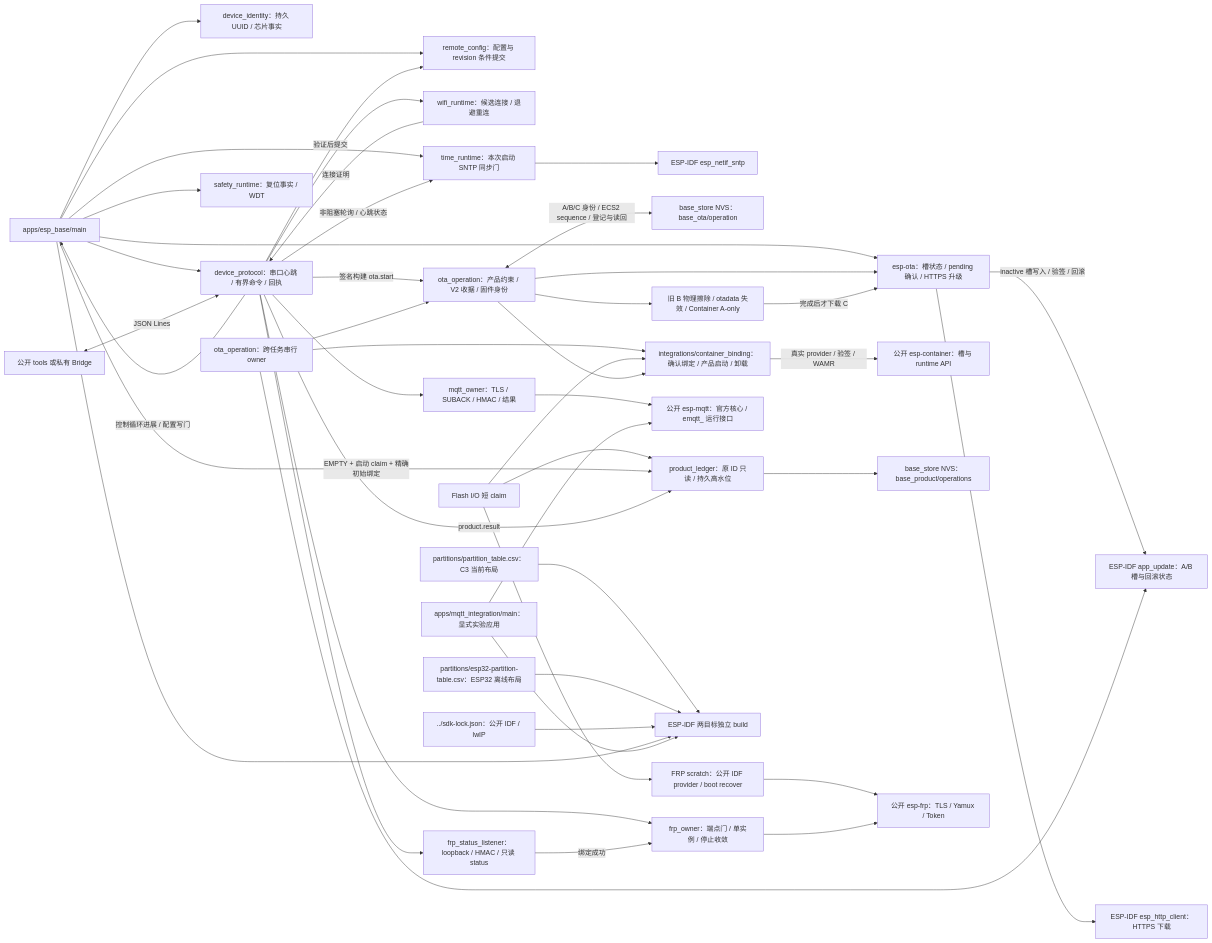
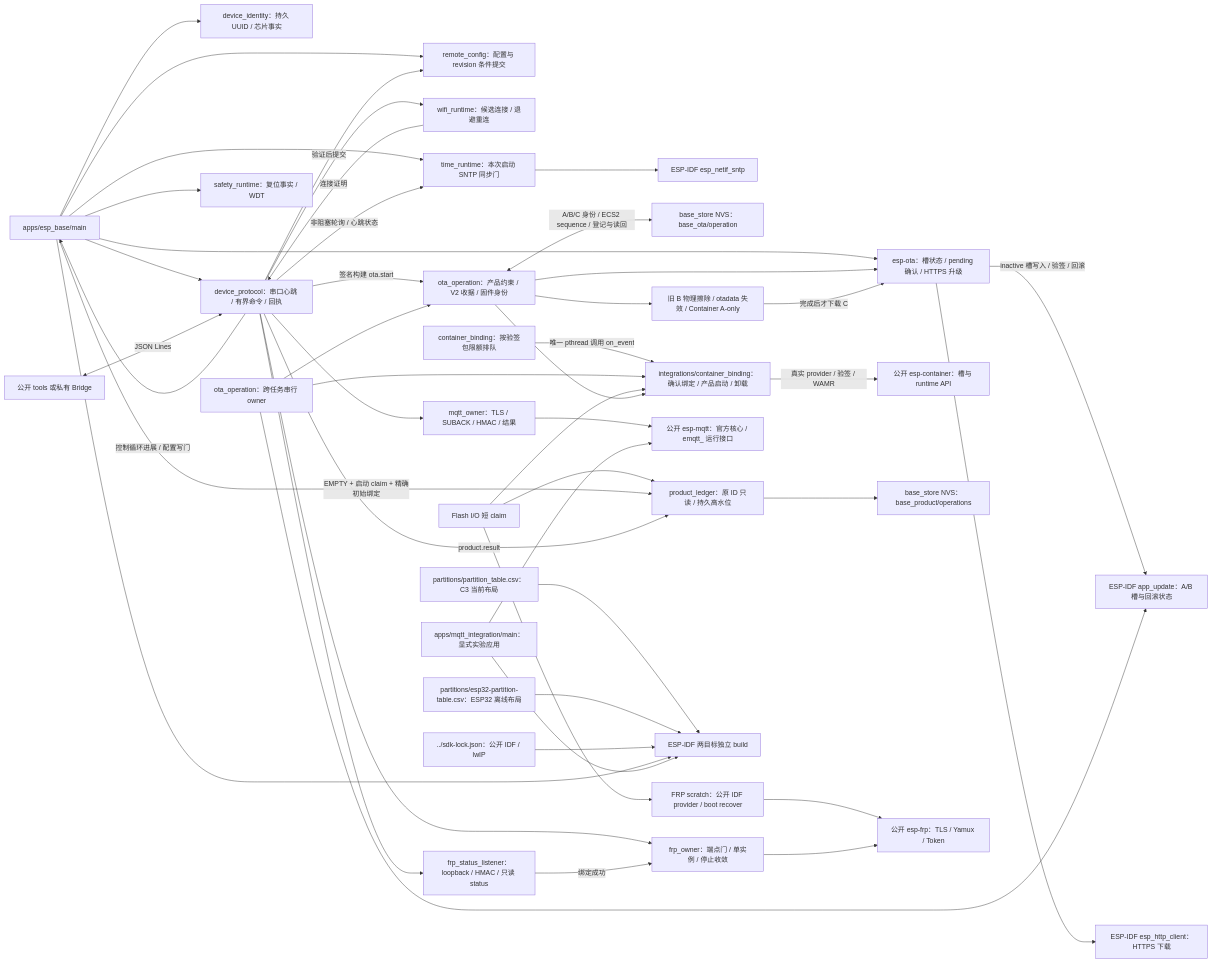
Before and after one commit to darren-you/esp-base: the diagram in firmware/README.md, drawn with Mermaid. The commit also changed other lines of this file and 14 other files, not shown here.

````diff
--- a/firmware/README.md
+++ b/firmware/README.md
@@ -7,47 +7,48 @@
 ```mermaid
 flowchart LR
     main["apps/esp_base/main"] --> identity["device_identity：持久 UUID / 芯片事实"]
     main --> config["remote_config：配置与 revision 条件提交"]
     protocol --> wifi["wifi_runtime：候选连接 / 退避重连"]
     wifi -->|"连接证明"| protocol
     protocol -->|"验证后提交"| config
     main --> ota["esp-ota：槽状态 / pending 确认 / HTTPS 升级"]
     receipt["ota_operation：产品约束 / V2 收据 / 固件身份"] --> ota
     main --> time["time_runtime：本次启动 SNTP 同步门"]
     protocol -->|"控制循环进展 / 配置写门"| main
     protocol -->|"非阻塞轮询 / 心跳状态"| time
     time --> sntp["ESP-IDF esp_netif_sntp"]
     ota -->|"inactive 槽写入 / 验签 / 回滚"| rollback["ESP-IDF app_update：A/B 槽与回滚状态"]
     protocol -->|"签名构建 ota.start"| receipt
     ota --> https["ESP-IDF esp_http_client：HTTPS 下载"]
     receipt <-->|"A/B/C 身份 / ECS2 sequence / 登记与读回"| nvs["base_store NVS：base_ota/operation"]
     receipt --> retire["旧 B 物理擦除 / otadata 失效 / Container A-only"]
     retire -->|"完成后才下载 C"| ota
     owner["ota_operation：跨任务串行 owner"] --> receipt
     owner --> rollback
     binding["integrations/container_binding：确认绑定 / 产品启动 / 卸载"] -->|"真实 provider / 验签 / WAMR"| container["公开 esp-container：槽与 runtime API"]
+    event_queue["container_binding：按验签包限额排队"] -->|"唯一 pthread 调用 on_event"| binding
     owner --> binding
     io_owner["Flash I/O 短 claim"] --> frp_scratch["FRP scratch：公开 IDF provider / boot recover"]
     io_owner --> binding
     io_owner --> product_ledger["product_ledger：原 ID 只读 / 持久高水位"]
     main -->|"EMPTY + 启动 claim + 精确初始绑定"| product_ledger
     protocol -->|"product.result"| product_ledger
     product_ledger --> product_nvs["base_store NVS：base_product/operations"]
     frp_scratch --> frp
     receipt --> binding
     main --> safety["safety_runtime：复位事实 / WDT"]
     main --> protocol["device_protocol：串口心跳 / 有界命令 / 回执"]
     protocol --> mqtt_owner["mqtt_owner：TLS / SUBACK / HMAC / 结果"]
     mqtt_owner --> mqtt["公开 esp-mqtt：官方核心 / emqtt_ 运行接口"]
     protocol --> frp_owner["frp_owner：端点门 / 单实例 / 停止收敛"]
     protocol --> frp_status["frp_status_listener：loopback / HMAC / 只读 status"]
     frp_status -->|"绑定成功"| frp_owner
     frp_owner --> frp["公开 esp-frp：TLS / Yamux / Token"]
     host["公开 tools 或私有 Bridge"] <-->|"JSON Lines"| protocol
     c3["partitions/partition_table.csv：C3 当前布局"] --> build["ESP-IDF 两目标独立 build"]
     esp32["partitions/esp32-partition-table.csv：ESP32 离线布局"] --> build
     lock["../sdk-lock.json：公开 IDF / lwIP"] --> build
     main --> build
     lab["apps/mqtt_integration/main：显式实验应用"] --> mqtt
     lab --> build
 ```
````
